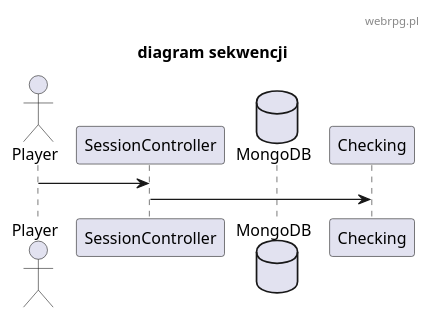
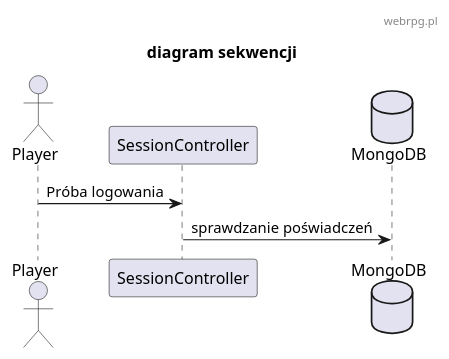
Before and after one commit to TheVivent-Politechnika-Lodzka/io_webrpg: the diagram in diagrams/diagram_sekwencji.plantuml, drawn with PlantUML. The commit also changed 4 other files, not shown here.

```diff
--- a/diagrams/diagram_sekwencji.plantuml
+++ b/diagrams/diagram_sekwencji.plantuml
@@ -1,81 +1,84 @@
 @startuml
+skinparam defaultFontName "Comic Sans MS"
 header webrpg.pl
 title "diagram sekwencji"
 
 actor Player
 participant SessionController
 database MongoDB as db
 
 
-Player -> SessionController
-SessionController -> Checking
+Player -> SessionController : Próba logowania
+SessionController -> db : sprawdzanie poświadczeń
+
+
 
 
 
 
 
 
 ' participant Controller
 ' participant View 
 ' participant Model
 ' participant Data
 ' database database as db
 
 'czy view komunikuje się z kontrolerem, czy player
 ' player -> Controller : dane logowania
 ' activate player
 ' View --> player : odczyt
 ' deactivate player
 ' activate View
 
 ' Controller -> Model : logowanie
 ' activate Model
 ' Model --> View : wyświetl
 ' deactivate Model
 ' deactivate View
 
 ' Model -> Data :  wyszukanie
 ' activate Data
 ' Data --> Model : odpowiedź
 ' deactivate Data
 
 ' Data -> db : zapytanie
 ' activate db
 ' db --> Data : odpowiedź
 ' deactivate db
 
 
 
 
 
 ' player -> Controller : dane logowania
 ' activate player
 ' activate Controller
 
 ' Controller -> Model : logowanie
 ' deactivate Controller
 ' activate Model
 
 ' Model -> Data :  wyszukanie
 ' activate Data
 
 ' Data -> db : zapytanie
 ' activate db
 ' db --> Data : odpowiedź
 ' deactivate db
 
 ' Data --> Model : odpowiedź
 ' deactivate Data
 
 ' Model --> View : wyświetl
 ' deactivate Model
 ' activate View
 
 ' View --> player : odczyt
 ' deactivate View
 ' deactivate player
 
 
 
 
 @enduml
```
